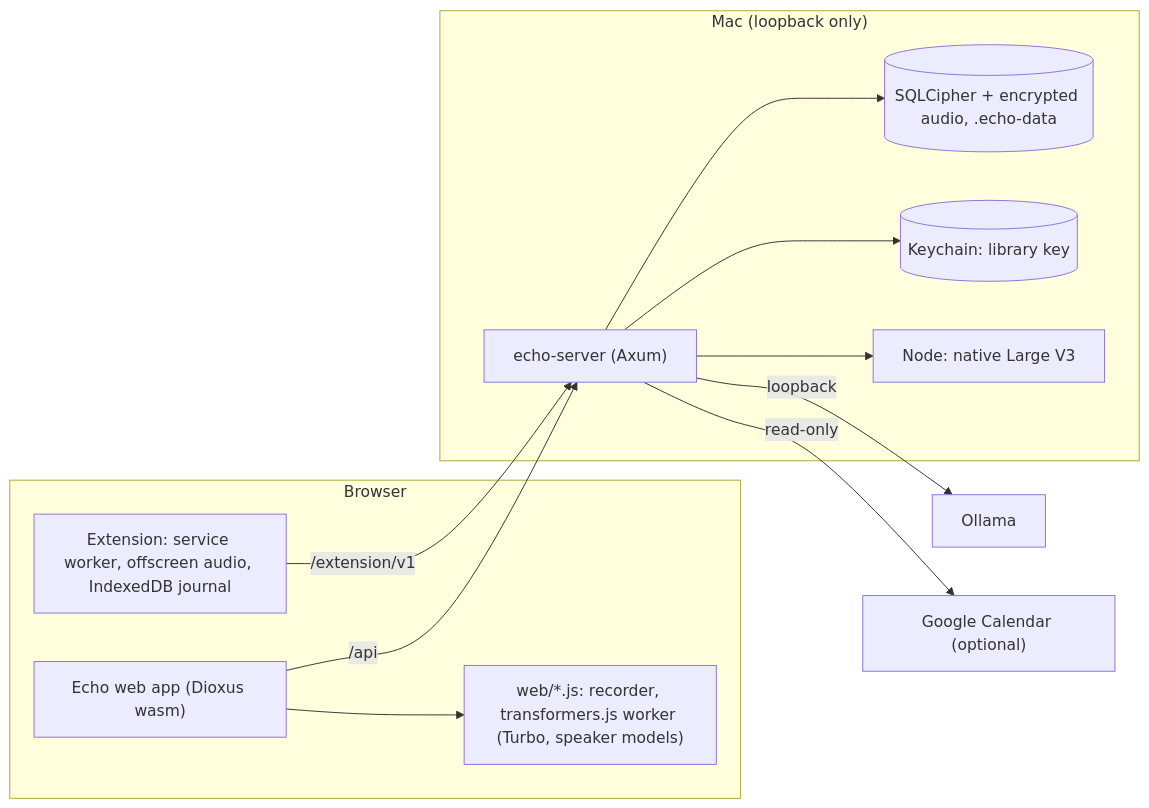
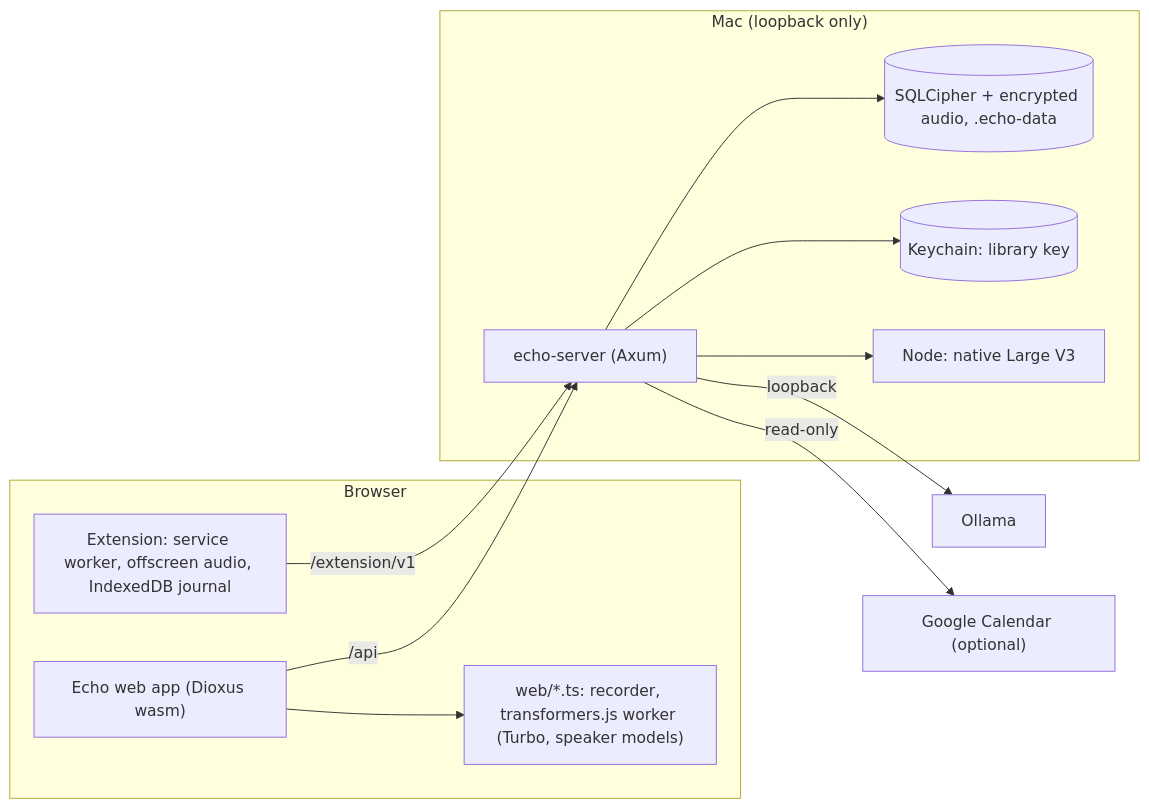
The diagram in docs/architecture.md (samarthmn/echo-voice-web), drawn with Mermaid before and after one commit. The commit also changed other lines of this file and 207 other files, not shown here.

````diff
--- a/docs/architecture.md
+++ b/docs/architecture.md
@@ -5,22 +5,22 @@
 ```mermaid
 flowchart LR
   subgraph Browser
     UI["Echo web app (Dioxus wasm)"]
-    W["web/*.js: recorder, transformers.js worker (Turbo, speaker models)"]
+    W["web/*.ts: recorder, transformers.js worker (Turbo, speaker models)"]
     EXT["Extension: service worker, offscreen audio, IndexedDB journal"]
   end
   subgraph "Mac (loopback only)"
     S["echo-server (Axum)"]
     DB[("SQLCipher + encrypted audio, .echo-data")]
     KC[("Keychain: library key")]
     N["Node: native Large V3"]
   end
   UI --> W
   UI -->|"/api"| S
   EXT -->|"/extension/v1"| S
   S --> DB
   S --> KC
   S --> N
   S -->|"loopback"| O["Ollama"]
   S -->|"read-only"| G["Google Calendar (optional)"]
 ```
````
